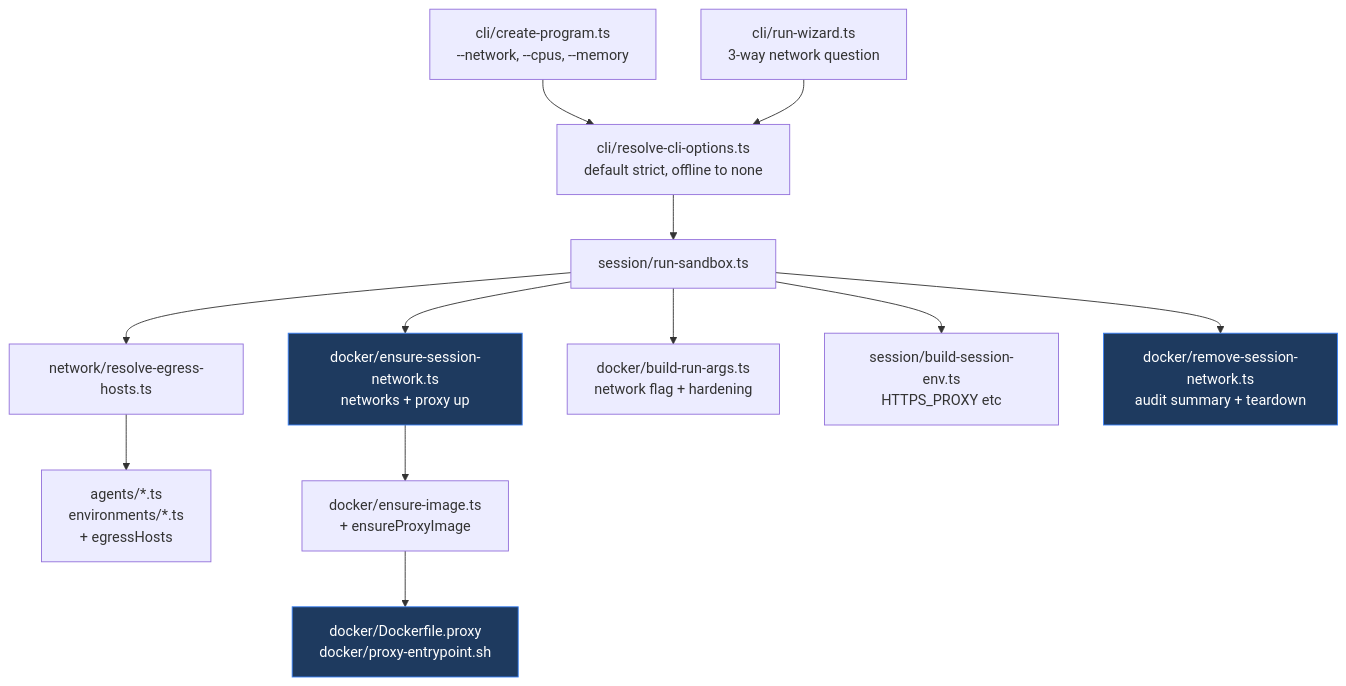
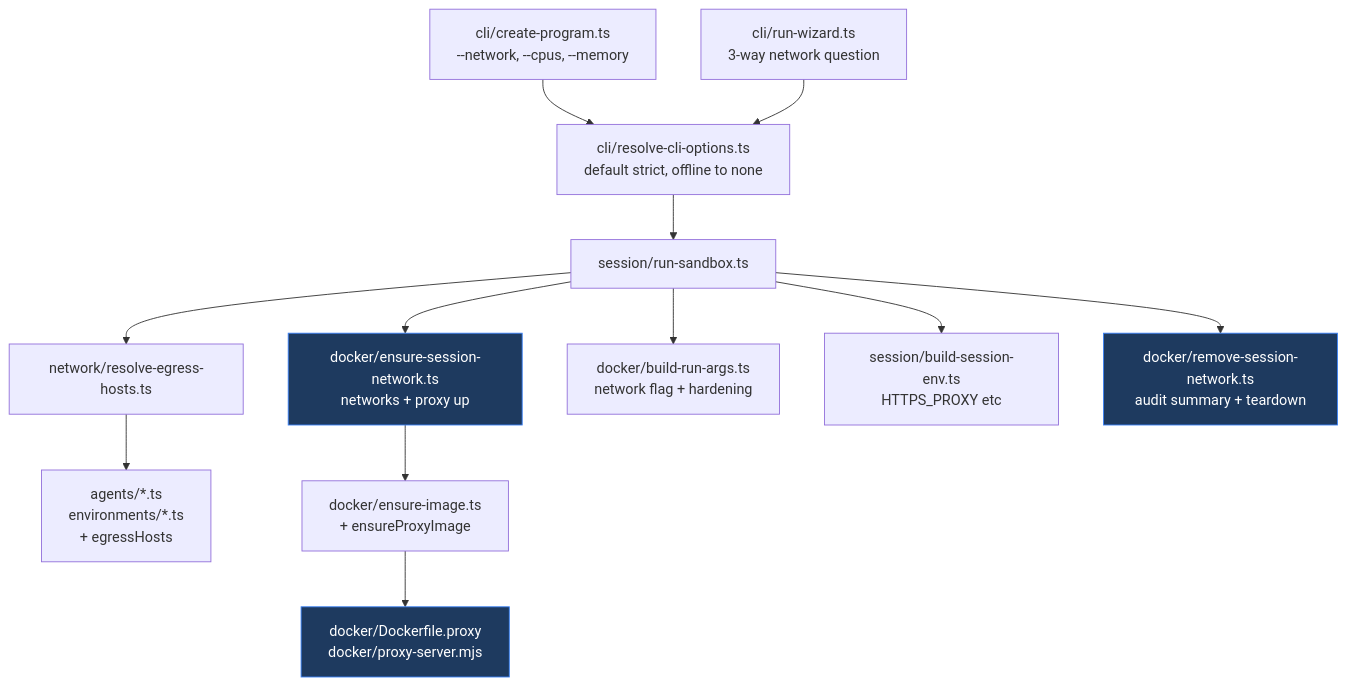
Before and after one commit to pixpilot/agent-tools: the sixth of 9 diagrams in packages/coding-agent-sandbox/docs/network-hardening-plan.md, drawn with Mermaid. The commit also changed other lines of this file and 42 other files, not shown here.

````diff
--- a/packages/coding-agent-sandbox/docs/network-hardening-plan.md
+++ b/packages/coding-agent-sandbox/docs/network-hardening-plan.md
@@ -198,20 +198,20 @@
 ```mermaid
 flowchart TD
   CLI["cli/create-program.ts<br/>--network, --cpus, --memory"] --> RES["cli/resolve-cli-options.ts<br/>default strict, offline to none"]
   WIZ["cli/run-wizard.ts<br/>3-way network question"] --> RES
   RES --> RUN["session/run-sandbox.ts"]
 
   RUN --> EH["network/resolve-egress-hosts.ts"]
   RUN --> ENS["docker/ensure-session-network.ts<br/>networks + proxy up"]
   RUN --> ARGS["docker/build-run-args.ts<br/>network flag + hardening"]
   RUN --> ENV["session/build-session-env.ts<br/>HTTPS_PROXY etc"]
   RUN --> REM["docker/remove-session-network.ts<br/>audit summary + teardown"]
 
   EH --> AD["agents/*.ts<br/>environments/*.ts<br/>+ egressHosts"]
   ENS --> IMG["docker/ensure-image.ts<br/>+ ensureProxyImage"]
-  IMG --> DF["docker/Dockerfile.proxy<br/>docker/proxy-entrypoint.sh"]
+  IMG --> DF["docker/Dockerfile.proxy<br/>docker/proxy-server.mjs"]
 
   style ENS fill:#1e3a5f,color:#fff,stroke:#3b82f6
   style DF fill:#1e3a5f,color:#fff,stroke:#3b82f6
   style REM fill:#1e3a5f,color:#fff,stroke:#3b82f6
 ```
````
